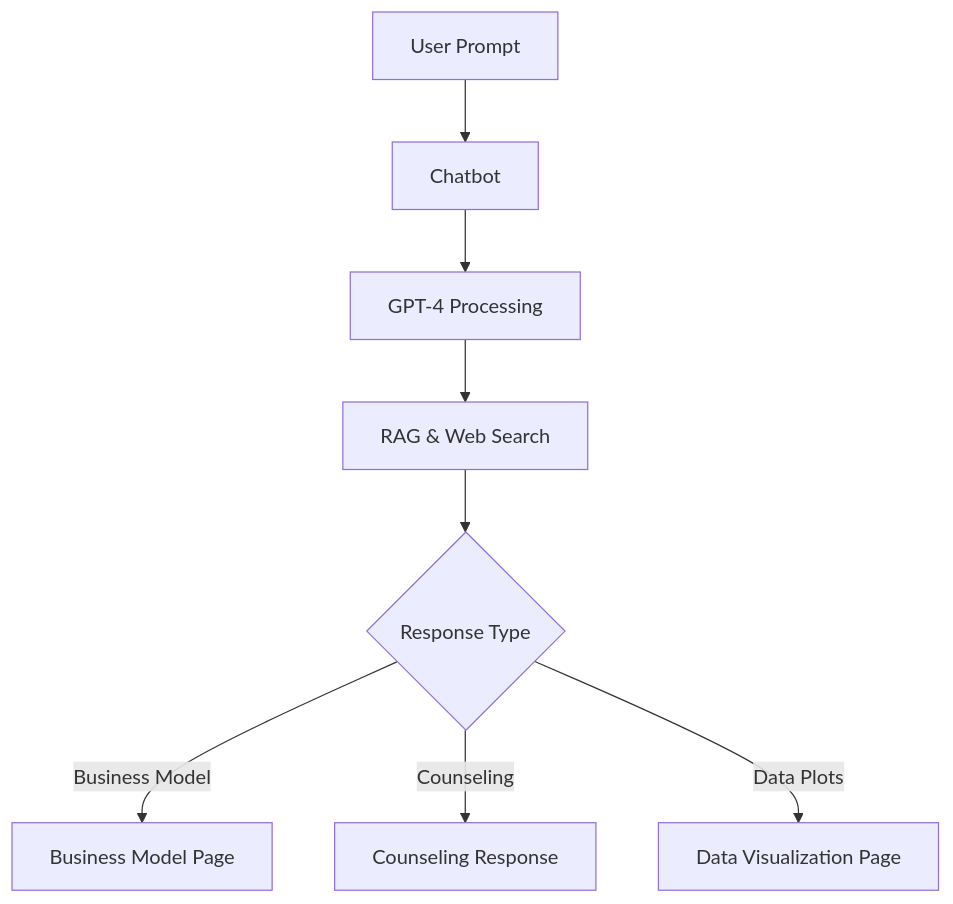
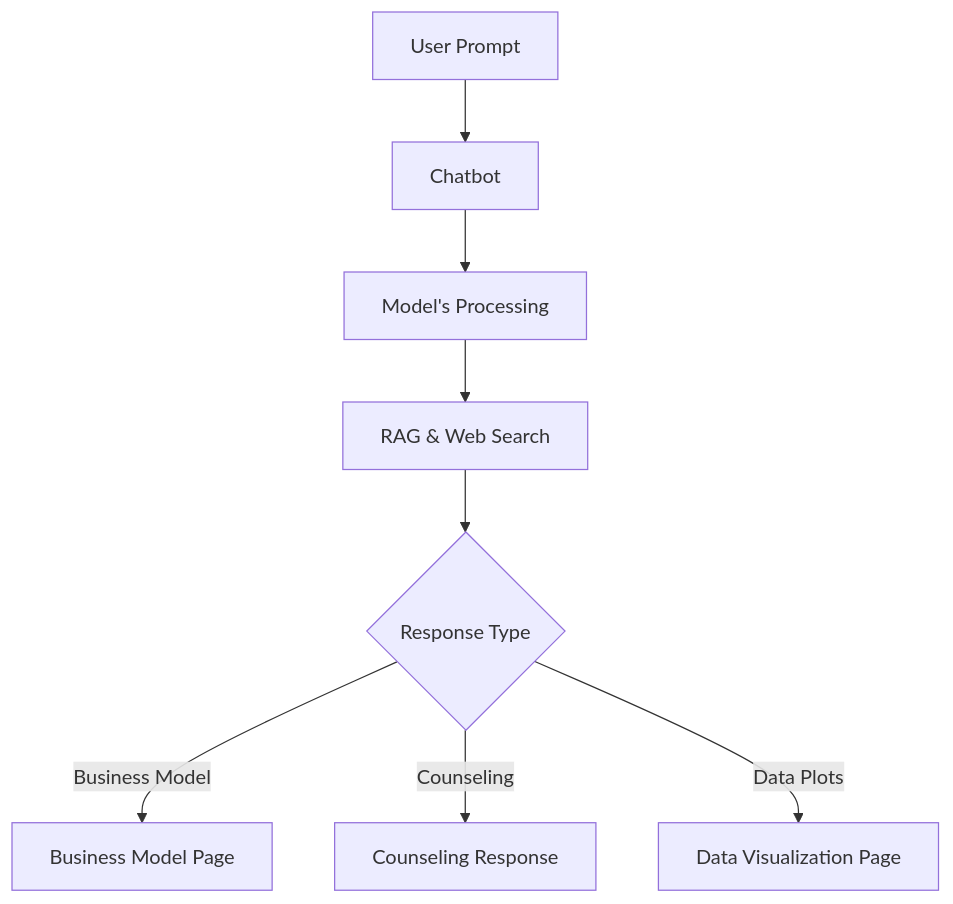
Before and after one commit to Yassmine2020/moukaouil.AI: the diagram in README.md, drawn with Mermaid.

````diff
--- a/README.md
+++ b/README.md
@@ -26,10 +26,10 @@
 ```mermaid
 graph TD
 A[User Prompt] --> B[Chatbot]
-B --> C[GPT-4 Processing]
+B --> C[Model's Processing]
 C --> D[RAG & Web Search]
 D --> E{Response Type}
 E --> |Business Model| F[Business Model Page]
 E --> |Counseling| G[Counseling Response]
 E --> |Data Plots| H[Data Visualization Page]
 ```
````
